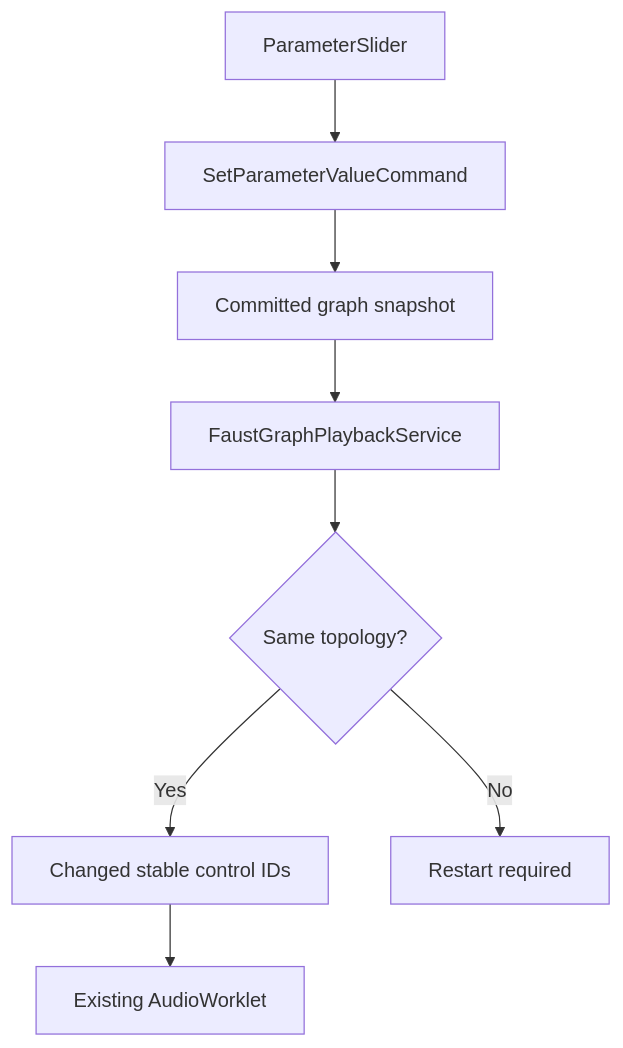
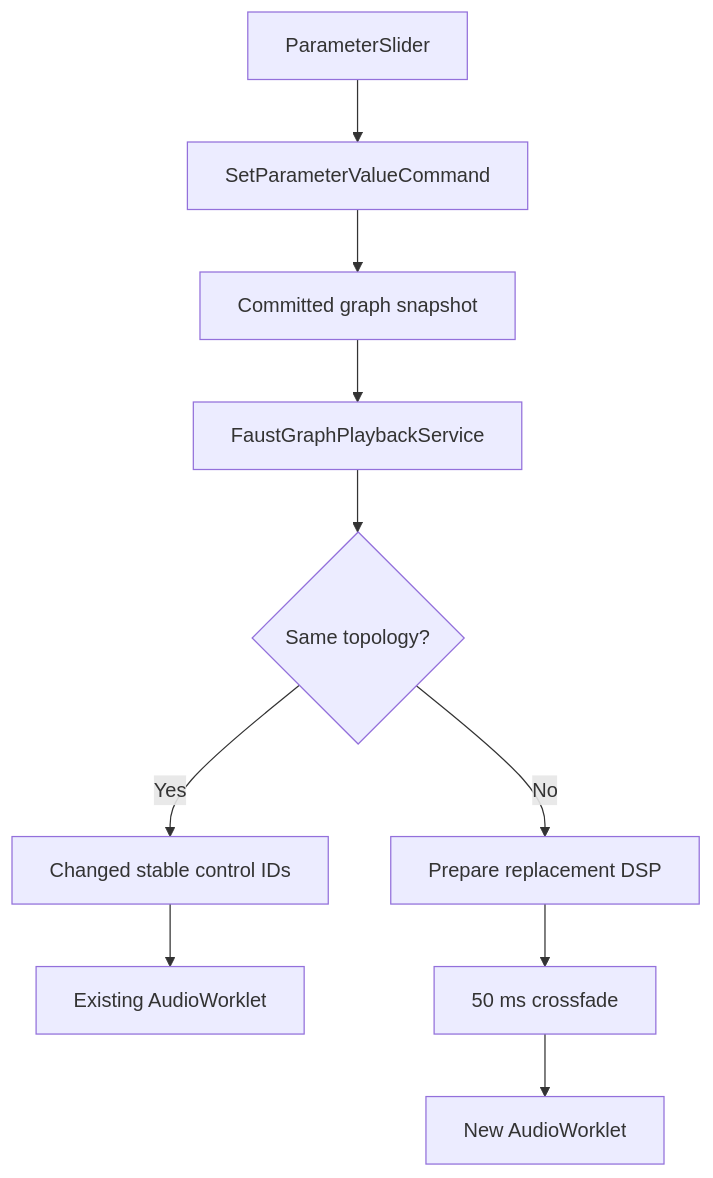
Before and after one commit to wgabel/orbit2: the third of 10 diagrams in README.md, drawn with Mermaid. The commit also changed other lines of this file and 16 other files, not shown here.

Commit message:
Crossfade live graph replacements while preserving playback

````diff
--- a/README.md
+++ b/README.md
@@ -90,10 +90,12 @@
 ```mermaid
 flowchart TD
     Slider["ParameterSlider"] --> Command["SetParameterValueCommand"]
     Command --> Snapshot["Committed graph snapshot"]
     Snapshot --> Service["FaustGraphPlaybackService"]
     Service --> Compare{"Same topology?"}
     Compare -->|Yes| Controls["Changed stable control IDs"]
     Controls --> Worklet["Existing AudioWorklet"]
-    Compare -->|No| Staged["Restart required"]
+    Compare -->|No| Compile["Prepare replacement DSP"]
+    Compile --> Fade["50 ms crossfade"]
+    Fade --> Worklet2["New AudioWorklet"]
 ```
````
